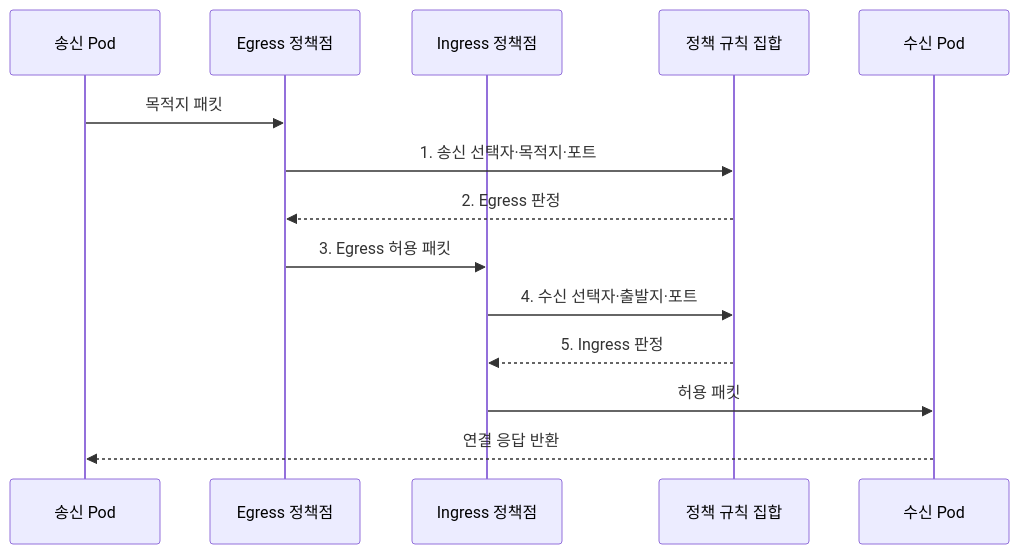
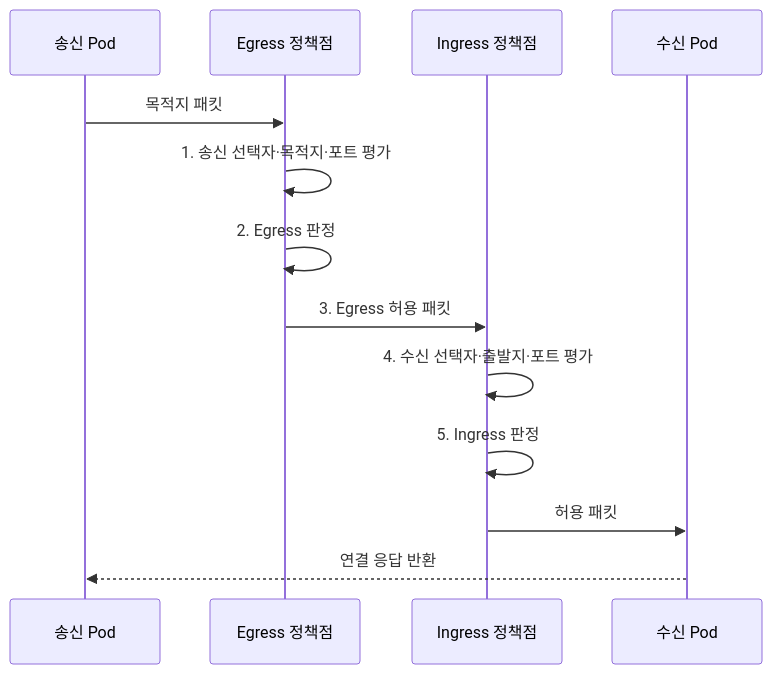
One commit to agnusdei1207/knowledge-base changed the second of 2 diagrams in src/content/docs/notes/03-software/156_kubernetes_networkpolicy_cni.md. Above: the diagram before and after it, drawn with Mermaid. The commit also changed 7 other files, not shown here.

Commit message:
Reduce cloud platform diagram actors

````diff
--- a/src/content/docs/notes/03-software/156_kubernetes_networkpolicy_cni.md
+++ b/src/content/docs/notes/03-software/156_kubernetes_networkpolicy_cni.md
@@ -96,16 +96,15 @@
 ```mermaid
 sequenceDiagram
     participant S as 송신 Pod
     participant E as Egress 정책점
     participant I as Ingress 정책점
-    participant P as 정책 규칙 집합
     participant D as 수신 Pod
     S->>E: 목적지 패킷
-    E->>P: 1. 송신 선택자·목적지·포트
-    P-->>E: 2. Egress 판정
+    E->>E: 1. 송신 선택자·목적지·포트 평가
+    E->>E: 2. Egress 판정
     E->>I: 3. Egress 허용 패킷
-    I->>P: 4. 수신 선택자·출발지·포트
-    P-->>I: 5. Ingress 판정
+    I->>I: 4. 수신 선택자·출발지·포트 평가
+    I->>I: 5. Ingress 판정
     I->>D: 허용 패킷
     D-->>S: 연결 응답 반환
 ```
````
